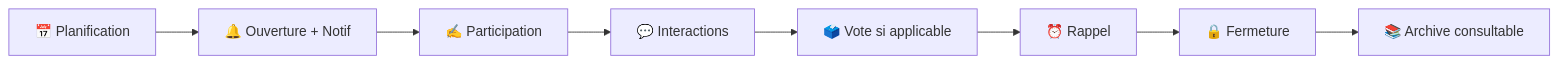
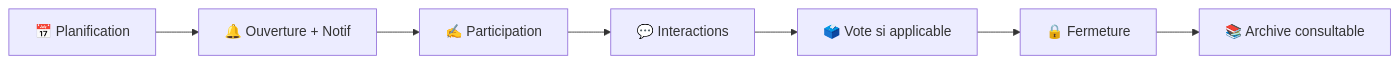
Before and after one commit to Adrien490/jimboa: the diagram in docs/game-rules.md, drawn with Mermaid.

````diff
--- a/docs/game-rules.md
+++ b/docs/game-rules.md
@@ -5,10 +5,9 @@
 ```mermaid
 graph LR
     A[📅 Planification] --> B[🔔 Ouverture + Notif]
     B --> C[✍️ Participation]
     C --> D[💬 Interactions]
     D --> E[🗳️ Vote si applicable]
-    E --> F[⏰ Rappel]
-    F --> G[🔒 Fermeture]
+    E --> G[🔒 Fermeture]
     G --> H[📚 Archive consultable]
 ```
````
